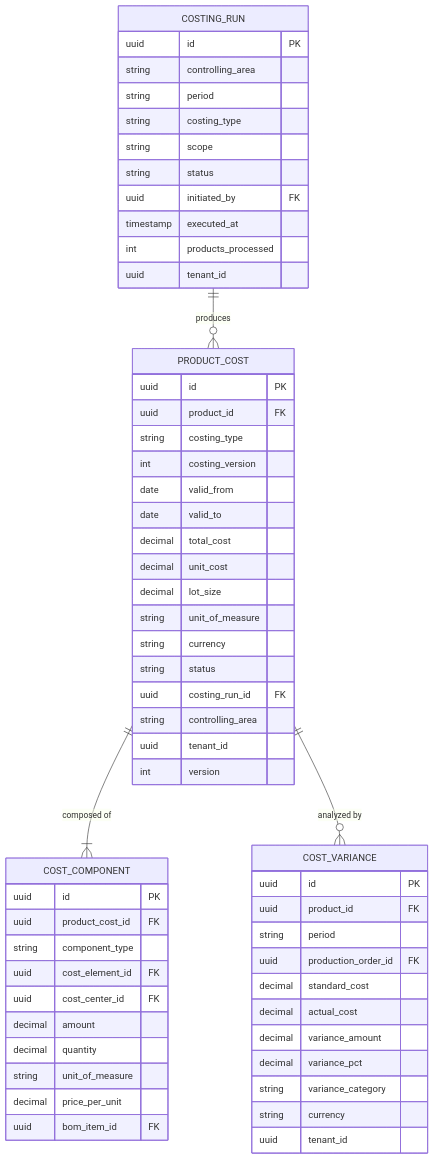
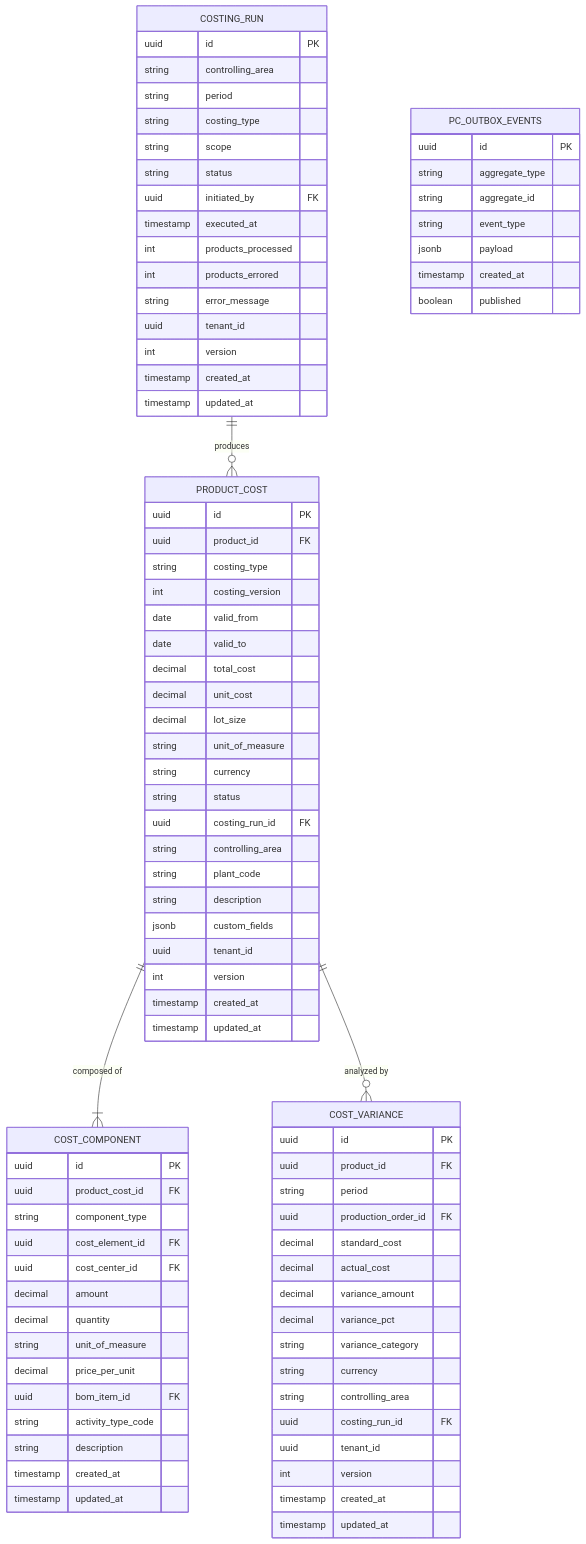
The seventh of 7 diagrams in T3_Domains/CO/domain-specs/co_pc-spec.md (openleap-io/io.openleap.dev.spec), drawn with Mermaid before and after one commit. The commit also changed other lines of this file and 54 other files, not shown here.

````diff
--- a/T3_Domains/CO/domain-specs/co_pc-spec.md
+++ b/T3_Domains/CO/domain-specs/co_pc-spec.md
@@ -596,8 +2103,13 @@
         string status
         uuid costing_run_id FK
         string controlling_area
+        string plant_code
+        string description
+        jsonb custom_fields
         uuid tenant_id
         int version
+        timestamp created_at
+        timestamp updated_at
     }
 
     COST_COMPONENT {
@@ -611,6 +2123,10 @@
         string unit_of_measure
         decimal price_per_unit
         uuid bom_item_id FK
+        string activity_type_code
+        string description
+        timestamp created_at
+        timestamp updated_at
     }
 
     COST_VARIANCE {
@@ -624,7 +2140,12 @@
         decimal variance_pct
         string variance_category
         string currency
+        string controlling_area
+        uuid costing_run_id FK
         uuid tenant_id
+        int version
+        timestamp created_at
+        timestamp updated_at
     }
 
     COSTING_RUN {
@@ -637,6 +2158,21 @@
         uuid initiated_by FK
         timestamp executed_at
         int products_processed
+        int products_errored
+        string error_message
         uuid tenant_id
+        int version
+        timestamp created_at
+        timestamp updated_at
+    }
+
+    PC_OUTBOX_EVENTS {
+        uuid id PK
+        string aggregate_type
+        string aggregate_id
+        string event_type
+        jsonb payload
+        timestamp created_at
+        boolean published
     }
 ```
````
